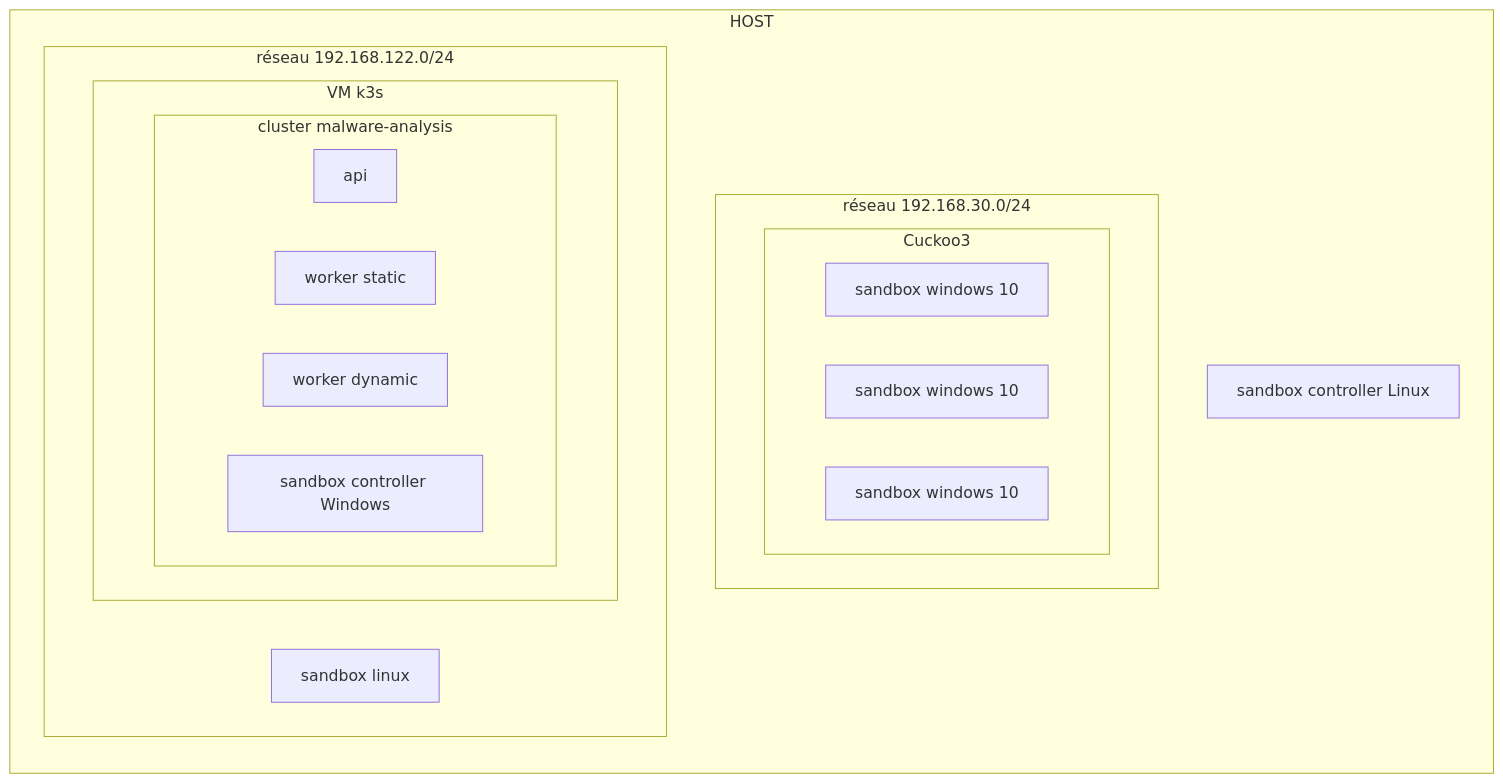
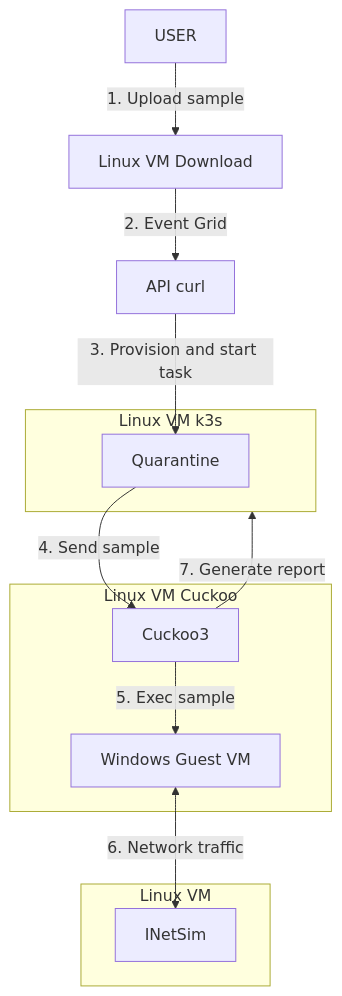
The first of 3 diagrams in docs/ARCHITECTURE.md (na-teag/PFE), drawn with Mermaid before and after one commit. The commit also changed other lines of this file and 4 other files, not shown here.

Commit message:
docs: update everything and add network diagram

````diff
--- a/docs/ARCHITECTURE.md
+++ b/docs/ARCHITECTURE.md
@@ -3,28 +9,25 @@
 ```mermaid
-flowchart LR
-    
-subgraph HOST
-    subgraph R3[réseau 192.168.30.0/24]
-        subgraph Cuckoo3
-            VM1[sandbox windows 10]
-            VM2[sandbox windows 10]
-            VM3[sandbox windows 10]
-        end
+flowchart TB
+    USER -->|1. Upload sample| BLOB[Linux VM Download]
+    BLOB -->|2. Event Grid| FUNC[API curl]
+
+    subgraph LINVIM[Linux VM k3s]
+        QUARANTINE[Quarantine]
     end
 
-    subgraph R2[réseau 192.168.122.0/24]
-        VM4[sandbox linux]
-        subgraph VM5[VM k3s]
-            subgraph C[cluster malware-analysis]
-                P1[api]
-                P2[worker static]
-                P3[worker dynamic]
-                P4[sandbox controller Windows]
-            end
-        end
+    subgraph LINVM2[Linux VM Cuckoo]
+        CUCKOO[Cuckoo3]
+        WINVM[Windows Guest VM]
     end
-    script[sandbox controller Linux]
 
-    click Cuckoo3 "https://github.com/cert-ee/cuckoo3" "Cuckoo3" _blank
-end
+    subgraph LINVM3[Linux VM]
+        INETSIM[INetSim]
+    end
+        
+    FUNC -->|3. Provision and start task| QUARANTINE
+    QUARANTINE -->|4. Send sample| CUCKOO
+    CUCKOO -->|5. Exec sample| WINVM
+    WINVM <-->|6. Network traffic| INETSIM
+    CUCKOO -->|7. Generate report| LINVIM
+
 ```
````
